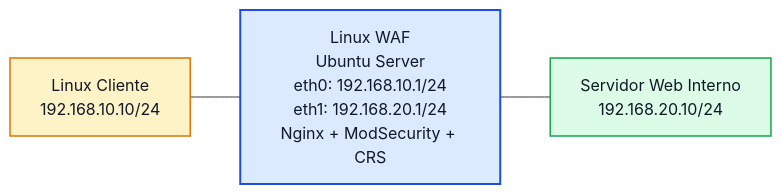
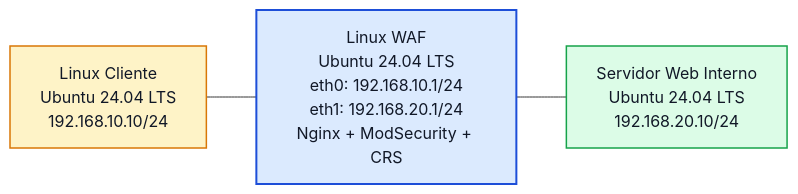
Before and after one commit to oficialvzi/PTR: the diagram in labs/lab12.md, drawn with Mermaid. The commit also changed other lines of this file and 5 other files, not shown here.

Commit message:
Atualiza titulo do Laboratorio 10 e padroniza nós com Ubuntu 24.04 LTS nos roteiros de seguranca

````diff
--- a/labs/lab12.md
+++ b/labs/lab12.md
@@ -103,17 +103,17 @@
 ```mermaid
 flowchart LR
-    CLIENT["Linux Cliente<br/>192.168.10.10/24"]
-    WAF["Linux WAF<br/>Ubuntu Server<br/>eth0: 192.168.10.1/24<br/>eth1: 192.168.20.1/24<br/>Nginx + ModSecurity + CRS"]
-    WEB["Servidor Web Interno<br/>192.168.20.10/24"]
+    CLIENT["Linux Cliente<br/>Ubuntu 24.04 LTS<br/>192.168.10.10/24"]
+    WAF["Linux WAF<br/>Ubuntu 24.04 LTS<br/>eth0: 192.168.10.1/24<br/>eth1: 192.168.20.1/24<br/>Nginx + ModSecurity + CRS"]
+    WEB["Servidor Web Interno<br/>Ubuntu 24.04 LTS<br/>192.168.20.10/24"]
 
     CLIENT --- WAF
     WAF --- WEB
 
     classDef host fill:#fef3c7,stroke:#d97706,color:#111827,stroke-width:1.5px;
     classDef waf fill:#dbeafe,stroke:#1d4ed8,color:#111827,stroke-width:2px;
     classDef web fill:#dcfce7,stroke:#16a34a,color:#111827,stroke-width:1.5px;
 
     class CLIENT host;
     class WAF waf;
     class WEB web;
 ```
````
